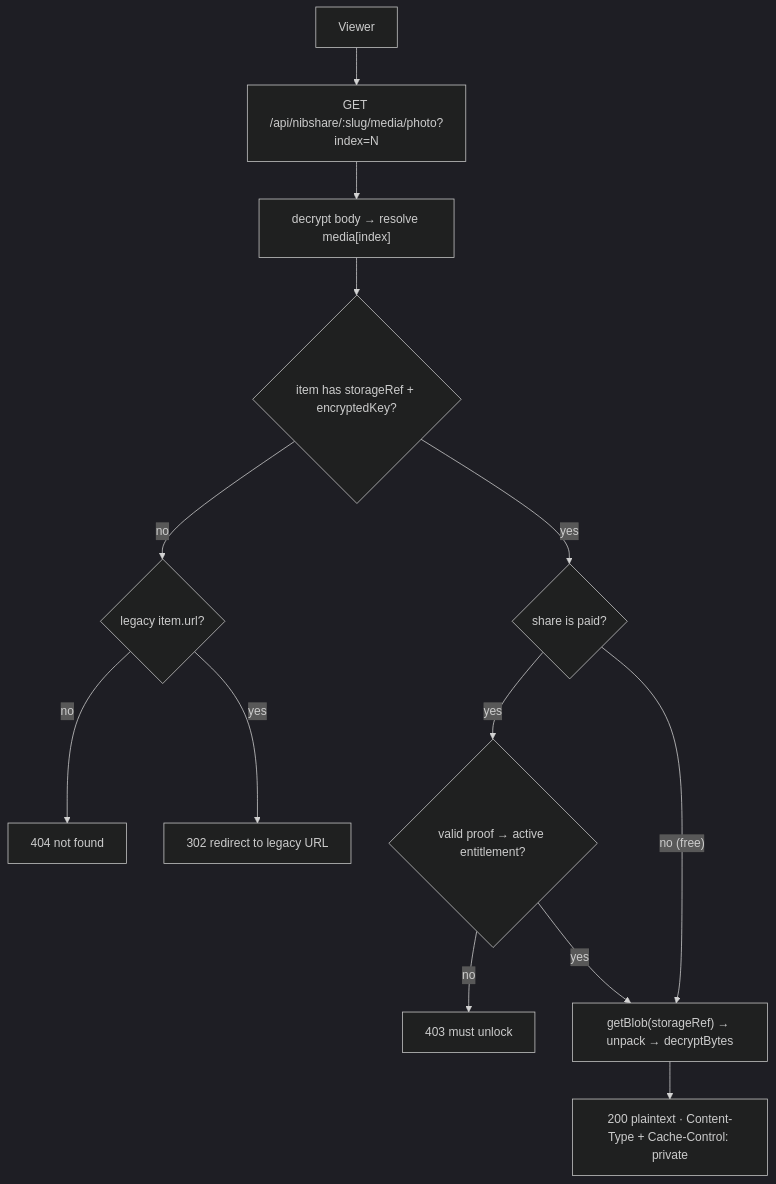
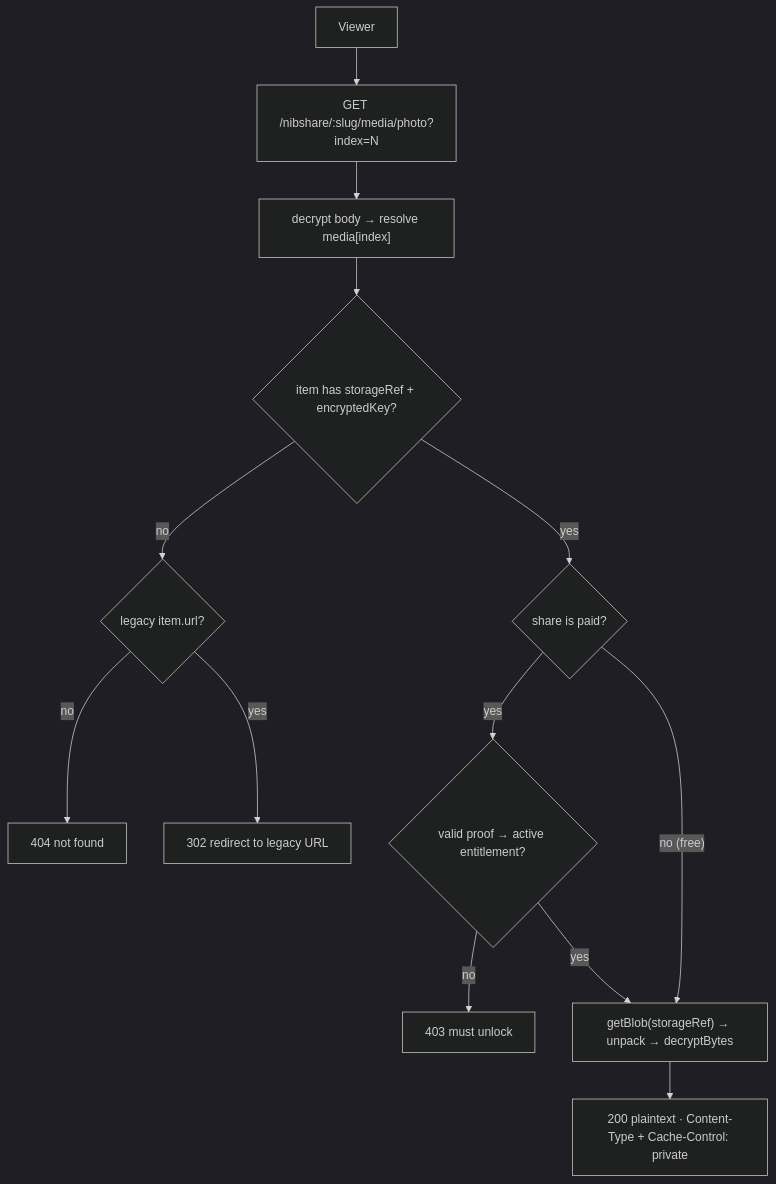
Before and after one commit to fortunesayspump/nibgate: the fourth of 6 diagrams in docs/src/app/nibshare/page.mdx, drawn with Mermaid (dark theme). The commit also changed other lines of this file and 55 other files, not shown here.

````diff
--- a/docs/src/app/nibshare/page.mdx
+++ b/docs/src/app/nibshare/page.mdx
@@ -181,26 +181,26 @@
 ```mermaid
 flowchart TD
     V["Viewer"]
-    M["GET /api/nibshare/:slug/media/photo?index=N"]
+    M["GET /nibshare/:slug/media/photo?index=N"]
     B["decrypt body → resolve media[index]"]
     H{"item has storageRef + encryptedKey?"}
     N["404 not found"]
     L{"legacy item.url?"}
     LG["302 redirect to legacy URL"]
     F{"share is paid?"}
     P{"valid proof → active entitlement?"}
     PF["403 must unlock"]
     G["getBlob(storageRef) → unpack → decryptBytes"]
     OK["200 plaintext · Content-Type + Cache-Control: private"]
 
     V --> M --> B --> H
     H -- no --> L
     L -- yes --> LG
     L -- no --> N
     H -- yes --> F
     F -- no (free) --> G
     F -- yes --> P
     P -- no --> PF
     P -- yes --> G
     G --> OK
 ```
````
